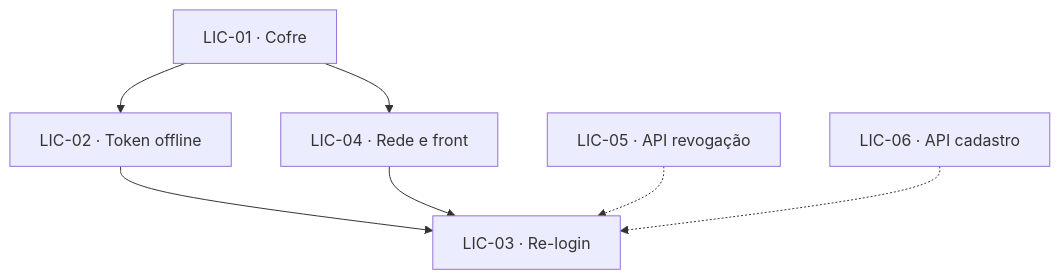
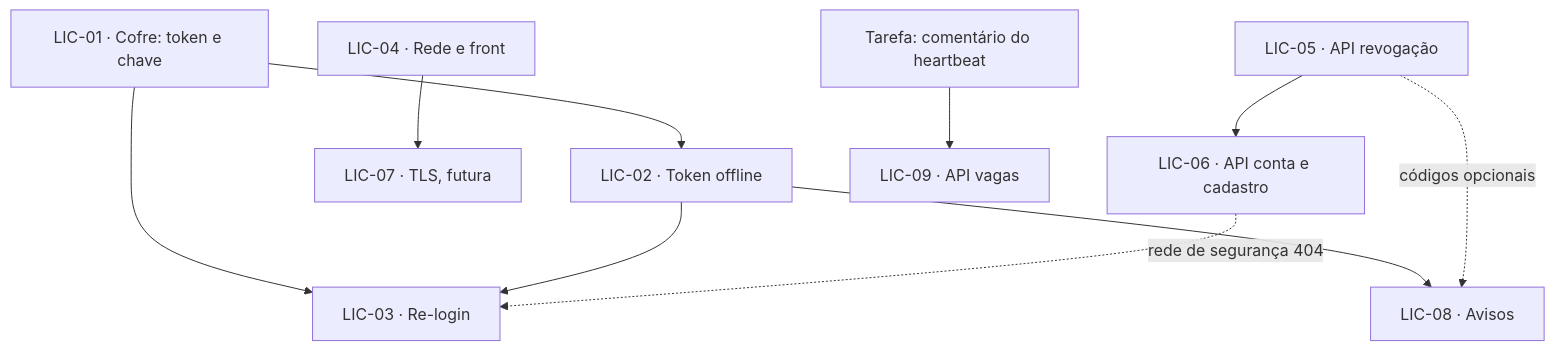
One commit to dzim-almeida/start-big changed the diagram in .agent/specs/licenca/README.md. Above: the diagram before and after it, drawn with Mermaid. The commit also changed other lines of this file and 19 other files, not shown here.

````diff
--- a/.agent/specs/licenca/README.md
+++ b/.agent/specs/licenca/README.md
@@ -22,9 +27,13 @@
 ```mermaid
 graph TD
-    S01[LIC-01 · Cofre] --> S02[LIC-02 · Token offline]
-    S01 --> S04[LIC-04 · Rede e front]
-    S02 --> S03[LIC-03 · Re-login]
-    S04 --> S03
-    S05[LIC-05 · API revogação] -.-> S03
-    S06[LIC-06 · API cadastro] -.-> S03
+    S01[LIC-01 · Cofre: token e chave] --> S02[LIC-02 · Token offline]
+    S01 --> S03[LIC-03 · Re-login]
+    S02 --> S03
+    S02 --> S08[LIC-08 · Avisos]
+    S04[LIC-04 · Rede e front]
+    S04 --> S07[LIC-07 · TLS, futura]
+    S05[LIC-05 · API revogação] --> S06[LIC-06 · API conta e cadastro]
+    S06 -.rede de segurança 404.-> S03
+    S05 -.códigos opcionais.-> S08
+    T[Tarefa: comentário do heartbeat] --> S09[LIC-09 · API vagas]
 ```
````
